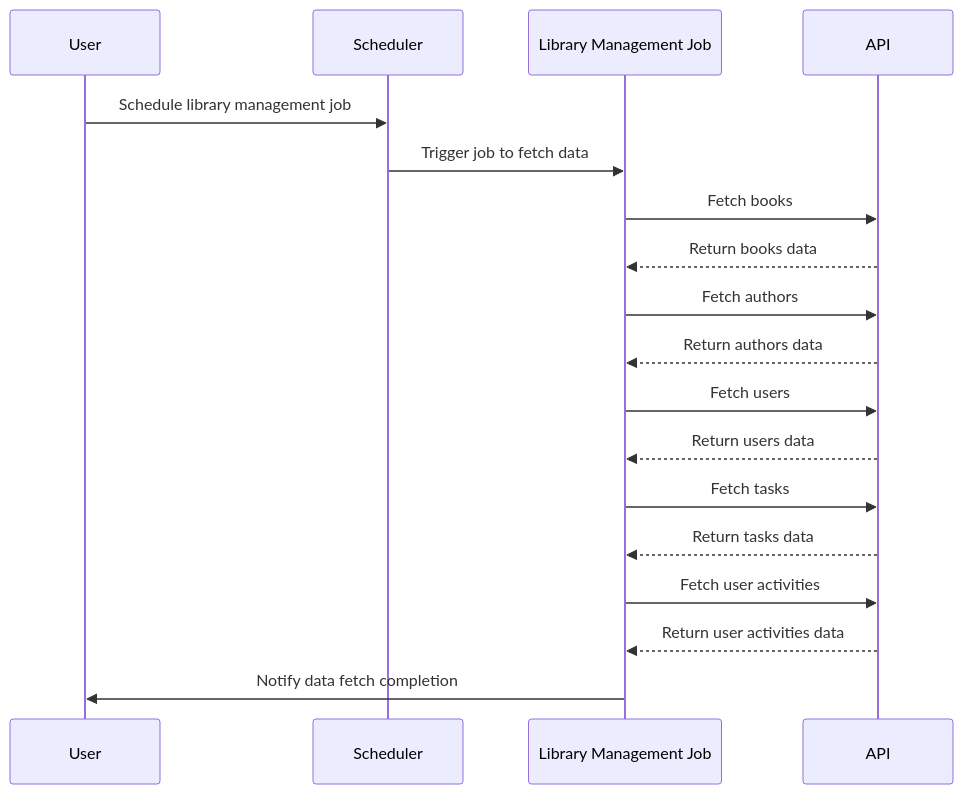
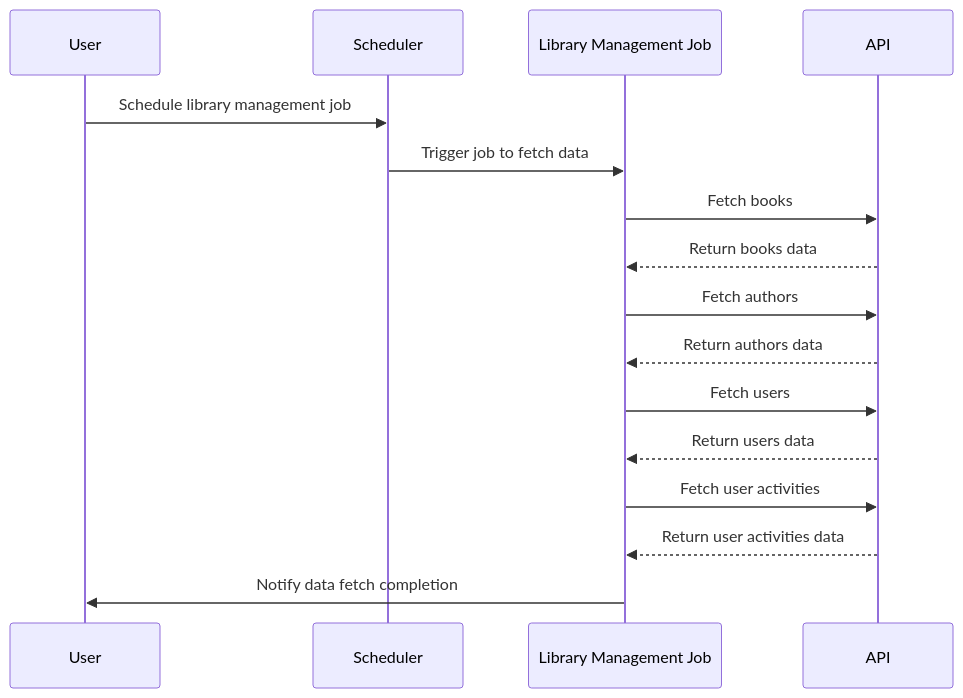
The second of 3 diagrams in entity/app_design_prd.md (Cyoda-platform/quart-client-template), drawn with Mermaid before and after one commit. The commit also changed other lines of this file, not shown here.

````diff
--- a/entity/app_design_prd.md
+++ b/entity/app_design_prd.md
@@ -77,21 +71,19 @@
 ```mermaid
 sequenceDiagram
     participant User
     participant Scheduler
     participant Library Management Job
     participant API
 
     User->>Scheduler: Schedule library management job
     Scheduler->>Library Management Job: Trigger job to fetch data
     Library Management Job->>API: Fetch books
     API-->>Library Management Job: Return books data
     Library Management Job->>API: Fetch authors
     API-->>Library Management Job: Return authors data
     Library Management Job->>API: Fetch users
     API-->>Library Management Job: Return users data
-    Library Management Job->>API: Fetch tasks
-    API-->>Library Management Job: Return tasks data
     Library Management Job->>API: Fetch user activities
     API-->>Library Management Job: Return user activities data
     Library Management Job->>User: Notify data fetch completion
 ```
````
